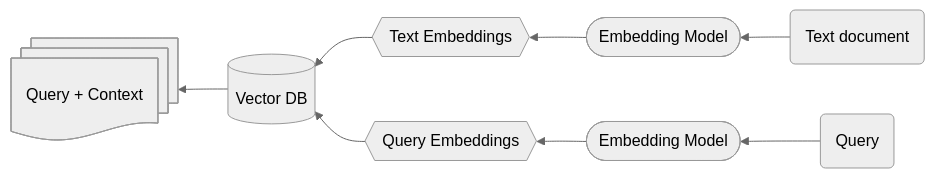
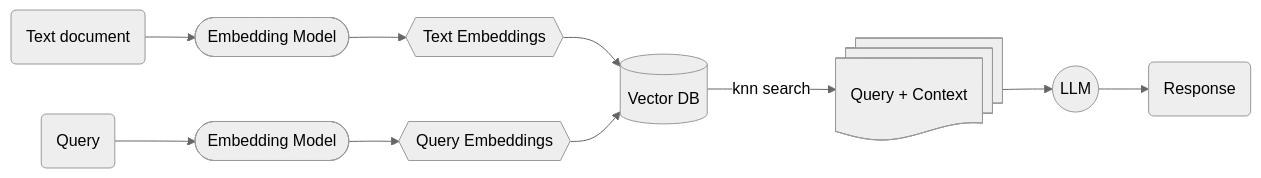
Before and after one commit to sariaslaso/query-engine-RAG: the diagram in README.md, drawn with Mermaid (neutral theme).

````diff
--- a/README.md
+++ b/README.md
@@ -5,10 +5,12 @@
 ```mermaid
-flowchart RL
+flowchart LR
 	id1(Text document) --> id2([Embedding Model]);
 	id2 --> id3@{ shape: hex, label: "Text Embeddings"};
 	id3 --> id4[(Vector DB)];
 	id5(Query) --> id6([Embedding Model]);
 	id6 --> id7@{ shape: hex, label: "Query Embeddings"};
 	id7 --> id4;
-	id4 --> id8@{ shape: docs, label: "Query + Context"};
+	id4 -- knn search --> id8@{ shape: docs, label: "Query + Context"};
+	id8 --> id9@{ shape: circle, label: "LLM"};
+	id9 --> id10(Response);
 ```
````
